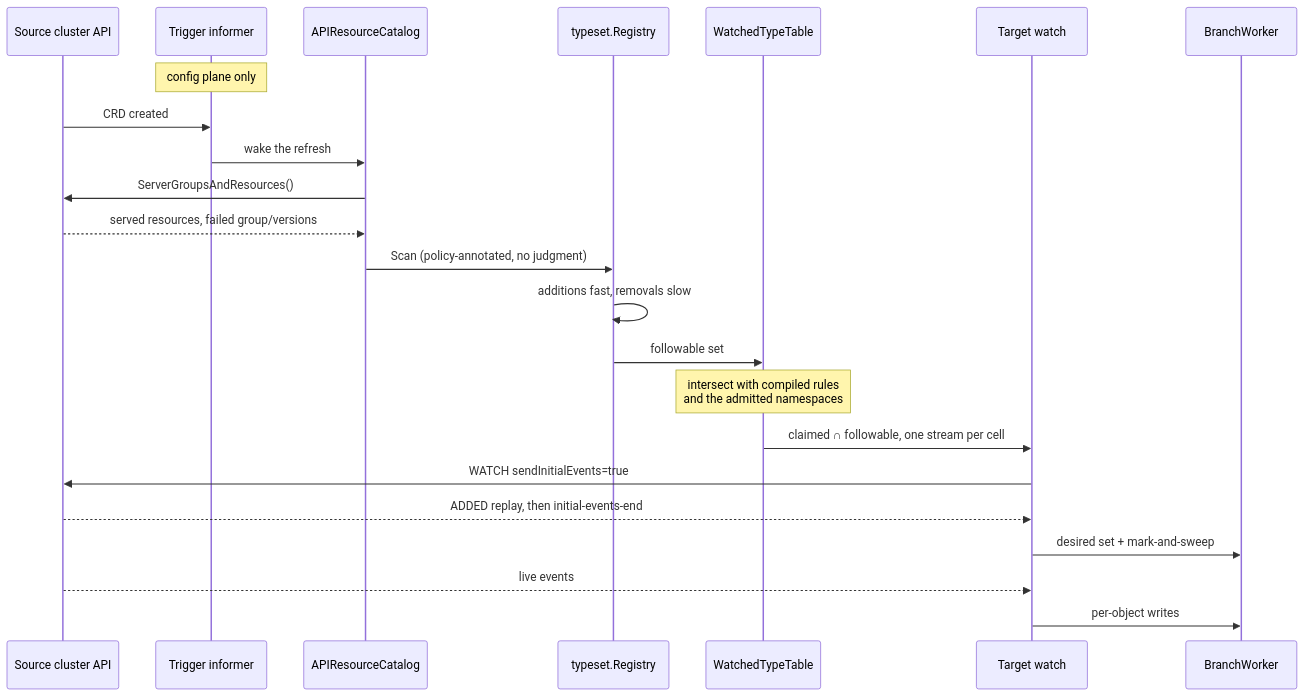
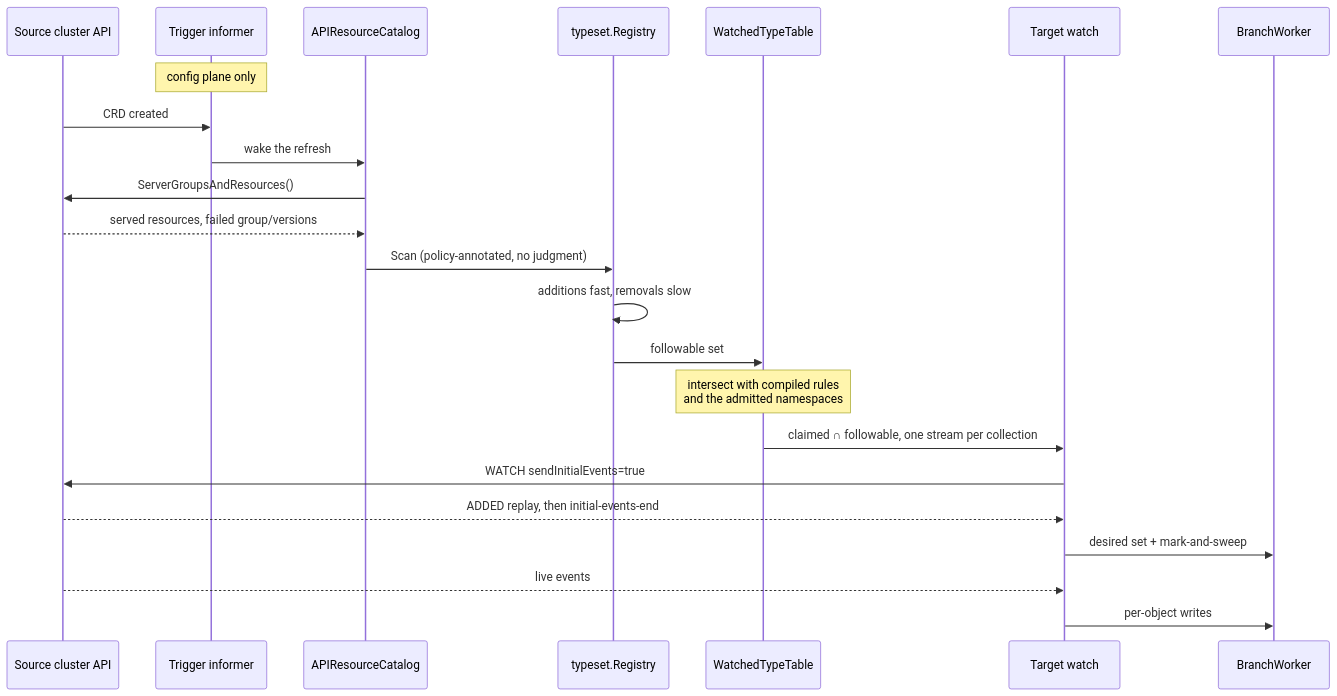
The third of 3 diagrams in docs/components.md (ConfigButler/gitops-reverser), drawn with Mermaid before and after one commit. The commit also changed other lines of this file and 118 other files, not shown here.

````diff
--- a/docs/components.md
+++ b/docs/components.md
@@ -225,26 +225,26 @@
 ```mermaid
 sequenceDiagram
     participant K as Source cluster API
     participant T as Trigger informer
     participant C as APIResourceCatalog
     participant R as typeset.Registry
     participant W as WatchedTypeTable
     participant S as Target watch
     participant G as BranchWorker
 
     Note over T: config plane only
     K->>T: CRD created
     T->>C: wake the refresh
     C->>K: ServerGroupsAndResources()
     K-->>C: served resources, failed group/versions
     C->>R: Scan (policy-annotated, no judgment)
     R->>R: additions fast, removals slow
     R->>W: followable set
     Note over W: intersect with compiled rules<br/>and the admitted namespaces
-    W->>S: claimed ∩ followable, one stream per cell
+    W->>S: claimed ∩ followable, one stream per collection
     S->>K: WATCH sendInitialEvents=true
     K-->>S: ADDED replay, then initial-events-end
     S->>G: desired set + mark-and-sweep
     K-->>S: live events
     S->>G: per-object writes
 ```
````
